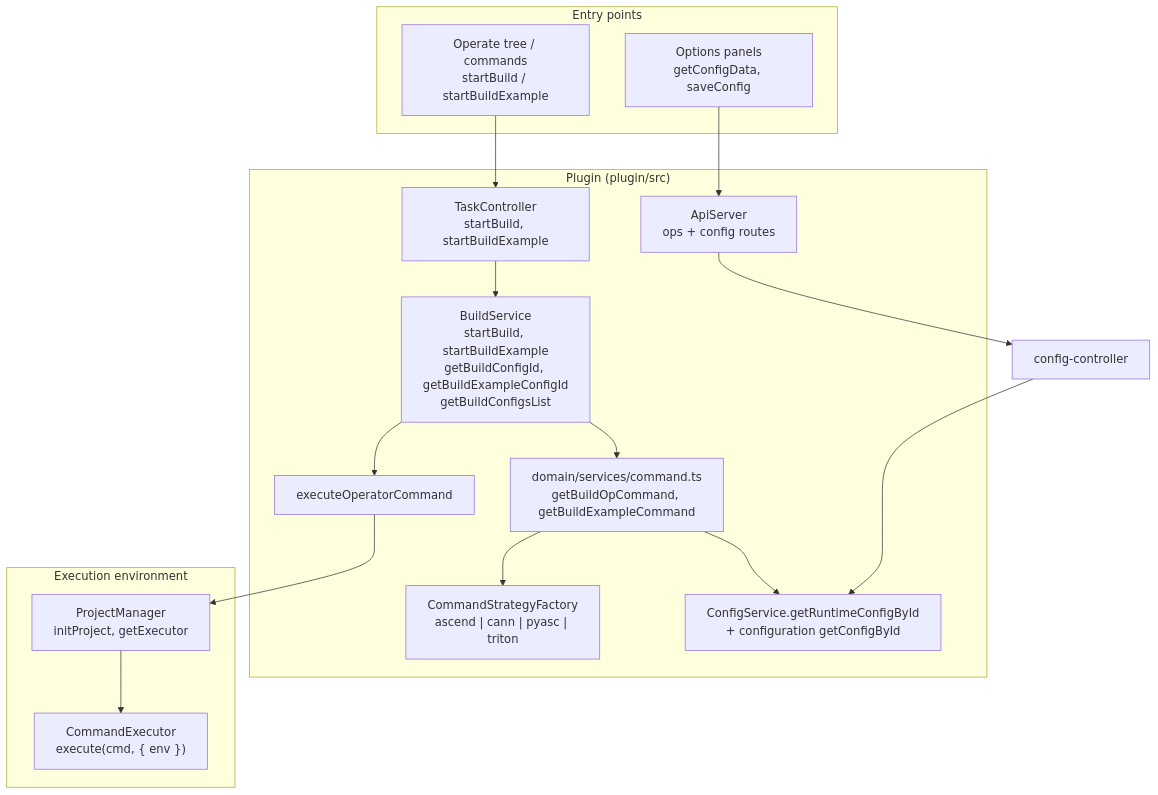
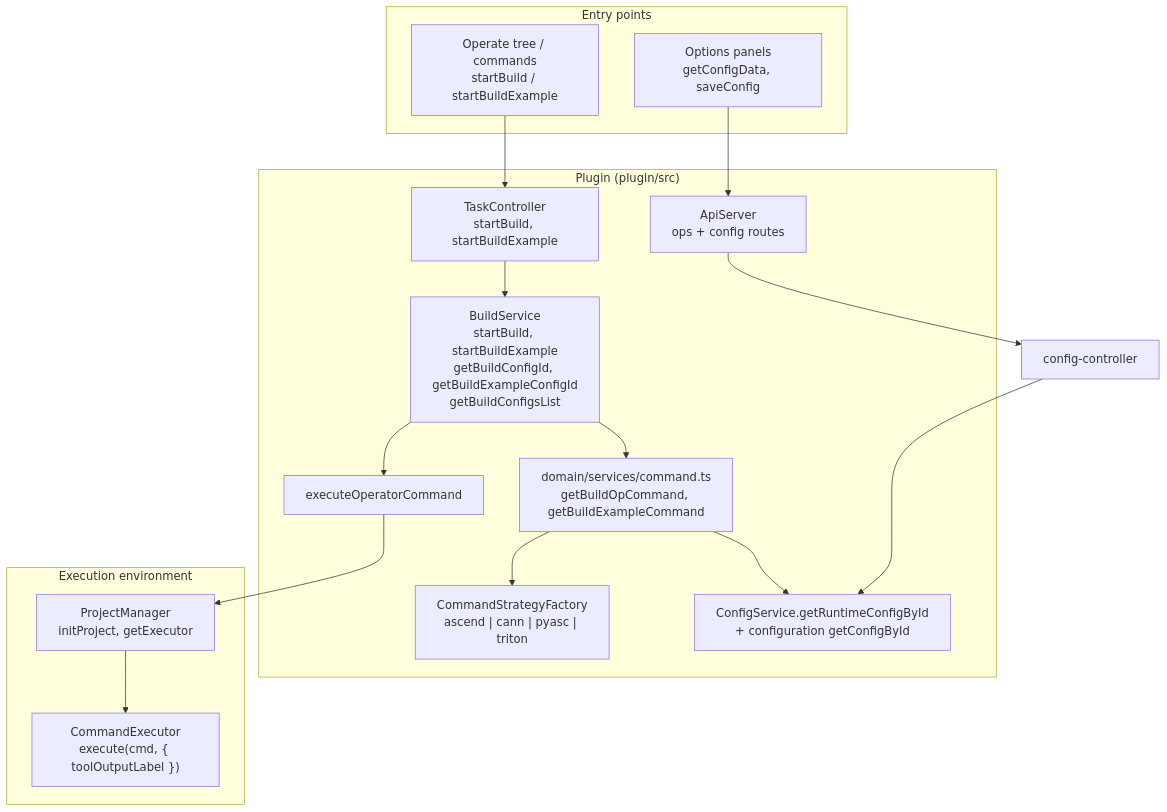
The second of 5 diagrams in docs/build-integration.md (IdeFrontend/opdev_plugin), drawn with Mermaid before and after one commit. The commit also changed other lines of this file and 8 other files, not shown here.

````diff
--- a/docs/build-integration.md
+++ b/docs/build-integration.md
@@ -67,29 +67,29 @@
 ```mermaid
 flowchart TB
   subgraph Entry["Entry points"]
     Tree["Operate tree / commands\nstartBuild / startBuildExample"]
     Config["Options panels\ngetConfigData, saveConfig"]
   end
 
   subgraph Plugin["Plugin (plugin/src)"]
     ApiSrv["ApiServer\nops + config routes"]
     TaskCtrl["TaskController\nstartBuild, startBuildExample"]
     BuildSvc["BuildService\nstartBuild, startBuildExample\ngetBuildConfigId, getBuildExampleConfigId\ngetBuildConfigsList"]
     DomainCmd["domain/services/command.ts\ngetBuildOpCommand, getBuildExampleCommand"]
     ConfigSvc["ConfigService.getRuntimeConfigById\n+ configuration getConfigById"]
     StrategyFactory["CommandStrategyFactory\nascend | cann | pyasc | triton"]
     ExecOp["executeOperatorCommand"]
   end
 
   subgraph Env["Execution environment"]
     PM["ProjectManager\ninitProject, getExecutor"]
-    Executor["CommandExecutor\nexecute(cmd, { env })"]
+    Executor["CommandExecutor\nexecute(cmd, { toolOutputLabel })"]
   end
 
   Tree --> TaskCtrl --> BuildSvc
   Config --> ApiSrv --> ConfigCtrl["config-controller"] --> ConfigSvc
   BuildSvc --> DomainCmd
   DomainCmd --> ConfigSvc
   DomainCmd --> StrategyFactory
   BuildSvc --> ExecOp --> PM --> Executor
 ```
````
